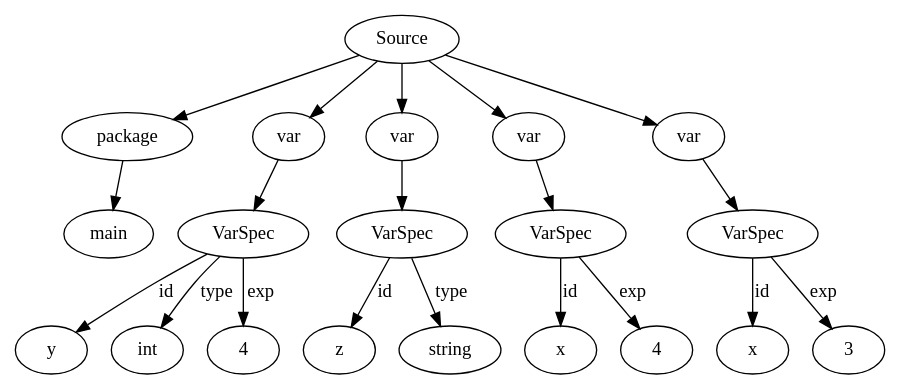
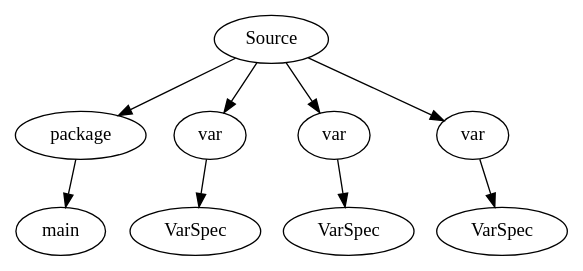
One commit to paramansh/GO_Compiler changed the diagram in assgn3/temp.dot. Above: the diagram before and after it, drawn with Graphviz. The commit also changed 6 other files, not shown here.

```diff
--- a/assgn3/temp.dot
+++ b/assgn3/temp.dot
@@ -1,41 +1,19 @@
 digraph {
 	0 [label=package]
 	1 [label=main]
 	0 -> 1 [label=""]
-	2 [label=y]
-	3 [label=int]
-	4 [label=4]
-	5 [label=VarSpec]
-	5 -> 2 [label=id]
-	5 -> 3 [label=type]
-	5 -> 4 [label=exp]
-	6 [label=var]
-	6 -> 5 [label=""]
-	7 [label=z]
-	8 [label=string]
-	9 [label=VarSpec]
-	9 -> 7 [label=id]
-	9 -> 8 [label=type]
-	10 [label=var]
-	10 -> 9 [label=""]
-	11 [label=x]
-	12 [label=4]
-	13 [label=VarSpec]
-	13 -> 11 [label=id]
-	13 -> 12 [label=exp]
-	14 [label=var]
-	14 -> 13 [label=""]
-	15 [label=x]
-	16 [label=3]
-	17 [label=VarSpec]
-	17 -> 15 [label=id]
-	17 -> 16 [label=exp]
-	18 [label=var]
-	18 -> 17 [label=""]
-	19 [label=Source]
-	19 -> 0 [label=""]
-	19 -> 6 [label=""]
-	19 -> 10 [label=""]
-	19 -> 14 [label=""]
-	19 -> 18 [label=""]
+	2 [label=VarSpec]
+	3 [label=var]
+	3 -> 2 [label=""]
+	4 [label=VarSpec]
+	5 [label=var]
+	5 -> 4 [label=""]
+	6 [label=VarSpec]
+	7 [label=var]
+	7 -> 6 [label=""]
+	8 [label=Source]
+	8 -> 0 [label=""]
+	8 -> 3 [label=""]
+	8 -> 5 [label=""]
+	8 -> 7 [label=""]
 }
```
